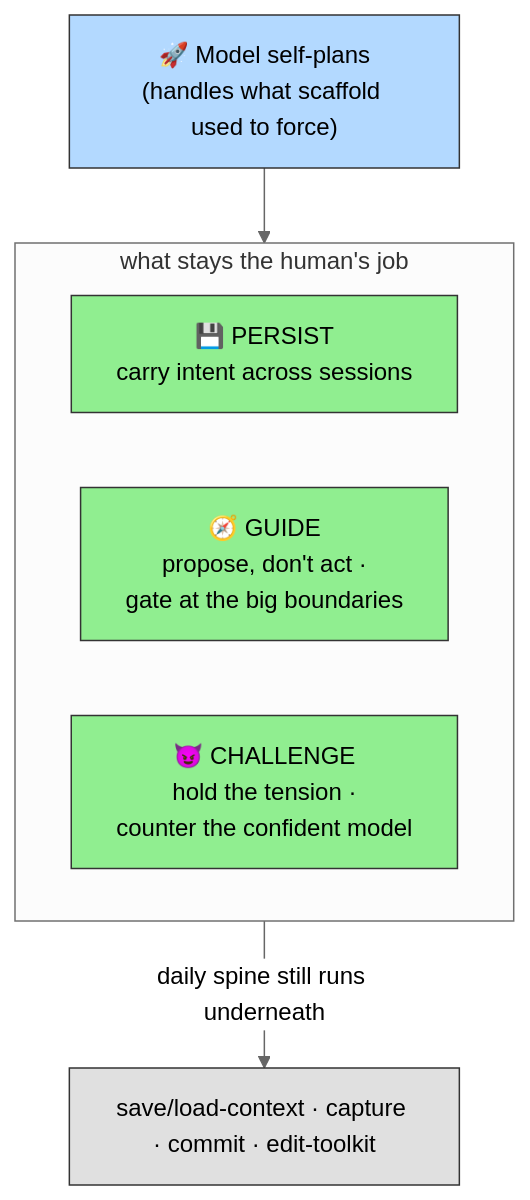
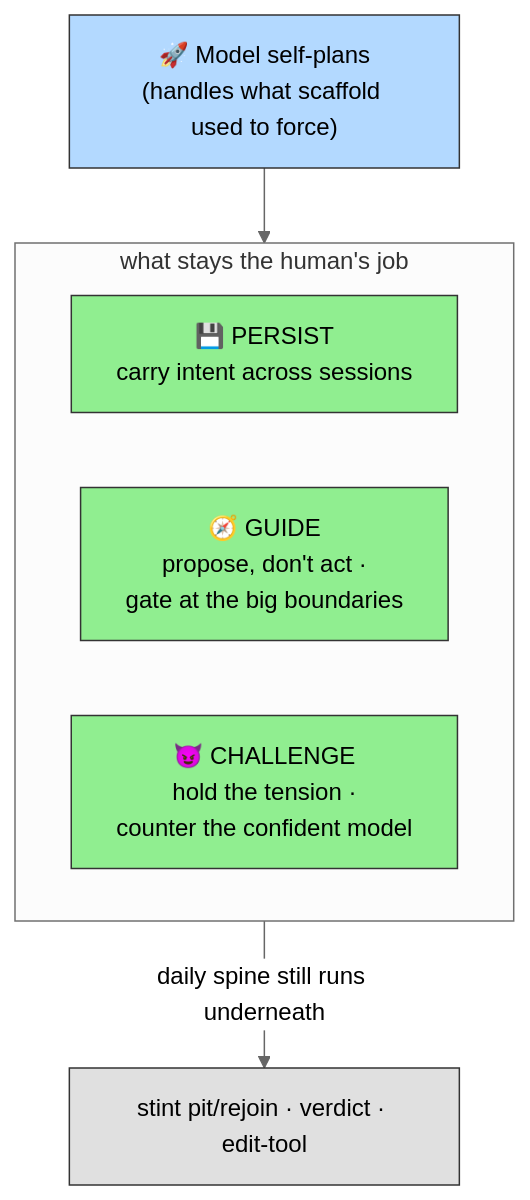
The diagram in README.md (digital-stoic-org/agent-skills), drawn with Mermaid (neutral theme) before and after one commit. The commit also changed other lines of this file and 480 other files, not shown here.

````diff
--- a/README.md
+++ b/README.md
@@ -41,17 +41,17 @@
 ```mermaid
 flowchart TD
   M["🚀 Model self-plans<br/>(handles what scaffold used to force)"]
   subgraph CORE["what stays the human's job"]
     P1["💾 PERSIST<br/>carry intent across sessions"]
     P2["🧭 GUIDE<br/>propose, don't act ·<br/>gate at the big boundaries"]
     P3["😈 CHALLENGE<br/>hold the tension ·<br/>counter the confident model"]
   end
   M --> CORE
-  CORE -->|"daily spine still runs underneath"| S["save/load-context · capture · commit · edit-toolkit"]
+  CORE -->|"daily spine still runs underneath"| S["stint pit/rejoin · verdict · edit-tool"]
   classDef mod fill:#B3D9FF,stroke:#333,color:#000
   classDef pillar fill:#90EE90,stroke:#333,color:#000
   classDef spine fill:#E0E0E0,stroke:#333,color:#000
   class M mod
   class P1,P2,P3 pillar
   class S spine
 ```
````
